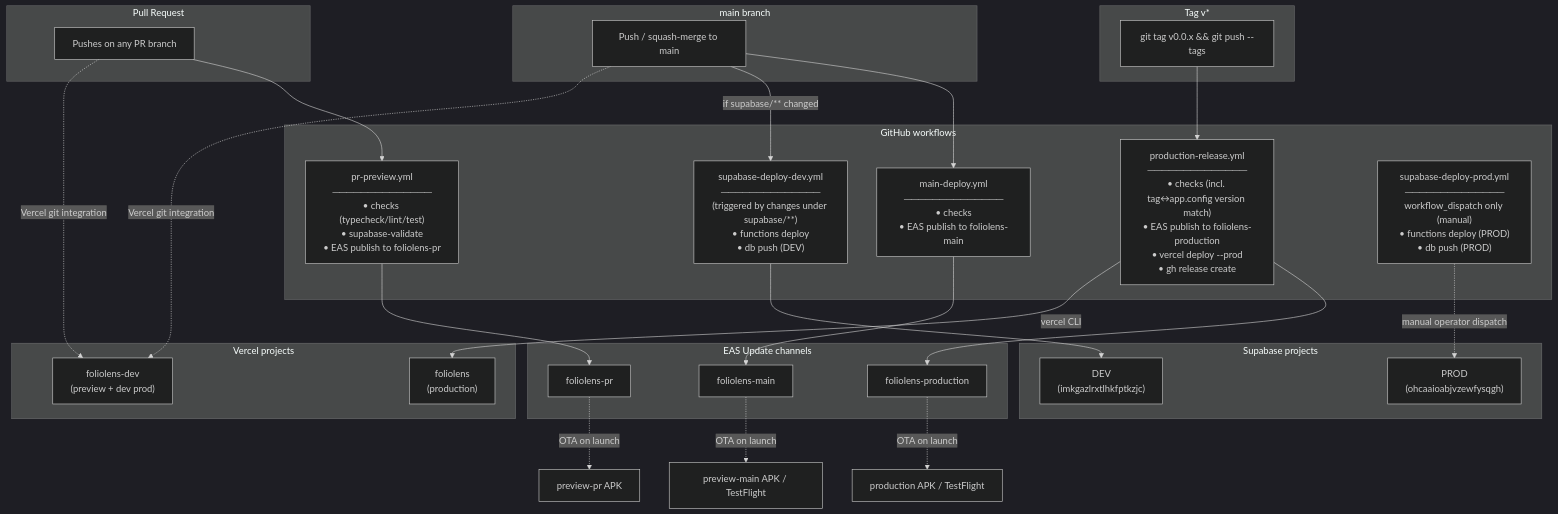
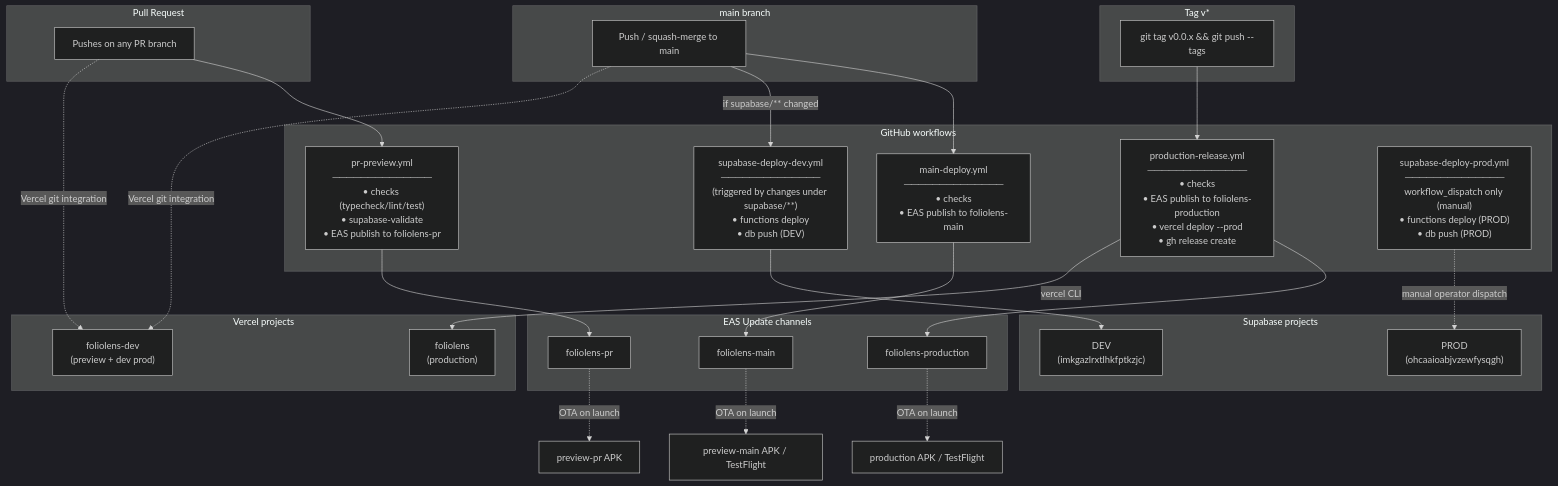
The first of 4 diagrams in docs/architecture/release-pipeline.md (himanshu4141/FolioLens), drawn with Mermaid (dark theme) before and after one commit. The commit also changed other lines of this file and 3 other files, not shown here.

````diff
--- a/docs/architecture/release-pipeline.md
+++ b/docs/architecture/release-pipeline.md
@@ -13,57 +14,57 @@
 ```mermaid
 graph TB
   subgraph PR["Pull Request"]
     pr_branch["Pushes on any PR branch"]
   end
 
   subgraph Main["main branch"]
     main_push["Push / squash-merge to main"]
   end
 
   subgraph Tag["Tag v*"]
     tag_push["git tag v0.0.x && git push --tags"]
   end
 
   subgraph Workflows["GitHub workflows"]
     pr_w["pr-preview.yml<br/>──────────────<br/>• checks (typecheck/lint/test)<br/>• supabase-validate<br/>• EAS publish to foliolens-pr"]
     main_w["main-deploy.yml<br/>──────────────<br/>• checks<br/>• EAS publish to foliolens-main"]
     sup_dev_w["supabase-deploy-dev.yml<br/>──────────────<br/>(triggered by changes under supabase/**)<br/>• functions deploy<br/>• db push (DEV)"]
-    prod_w["production-release.yml<br/>──────────────<br/>• checks (incl. tag↔app.config version match)<br/>• EAS publish to foliolens-production<br/>• vercel deploy --prod<br/>• gh release create"]
+    prod_w["production-release.yml<br/>──────────────<br/>• checks<br/>• EAS publish to foliolens-production<br/>• vercel deploy --prod<br/>• gh release create"]
     sup_prod_w["supabase-deploy-prod.yml<br/>──────────────<br/>workflow_dispatch only (manual)<br/>• functions deploy (PROD)<br/>• db push (PROD)"]
   end
 
   subgraph EAS["EAS Update channels"]
     ch_pr["foliolens-pr"]
     ch_main["foliolens-main"]
     ch_prod["foliolens-production"]
   end
 
   subgraph Vercel["Vercel projects"]
     v_dev["foliolens-dev<br/>(preview + dev prod)"]
     v_prod["foliolens<br/>(production)"]
   end
 
   subgraph SupabaseProj["Supabase projects"]
     sb_dev["DEV<br/>(imkgazlrxtlhkfptkzjc)"]
     sb_prod["PROD<br/>(ohcaaioabjvzewfysqgh)"]
   end
 
   pr_branch --> pr_w
   main_push --> main_w
   main_push -- "if supabase/** changed" --> sup_dev_w
   tag_push --> prod_w
 
   pr_w --> ch_pr
   pr_branch -. "Vercel git integration" .-> v_dev
   main_w --> ch_main
   main_push -. "Vercel git integration" .-> v_dev
   prod_w --> ch_prod
   prod_w -- "vercel CLI" --> v_prod
 
   sup_dev_w --> sb_dev
   sup_prod_w -. "manual operator dispatch" .-> sb_prod
 
   ch_pr -. "OTA on launch" .-> apk_pr["preview-pr APK"]
   ch_main -. "OTA on launch" .-> apk_main["preview-main APK / TestFlight"]
   ch_prod -. "OTA on launch" .-> apk_prod["production APK / TestFlight"]
 ```
````
